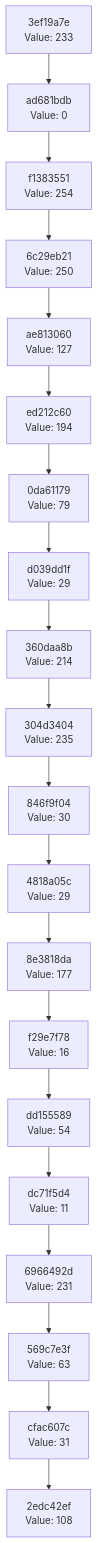
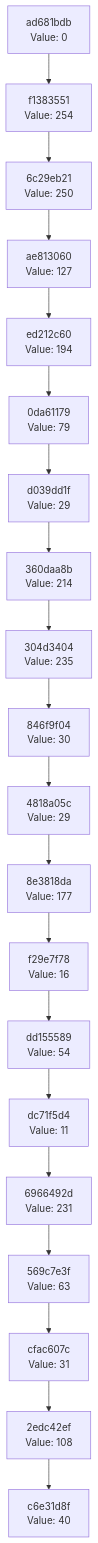
The diagram in docs/CHAIN_VISUALIZATION.md (Abhisheksinha1506/hash-chain-evolver), drawn with Mermaid before and after one commit. The commit also changed 3 other files, not shown here.

````diff
--- a/docs/CHAIN_VISUALIZATION.md
+++ b/docs/CHAIN_VISUALIZATION.md
@@ -3,42 +3,42 @@
 ```mermaid
 graph TD
-    C0["2edc42ef<br/>Value: 108"]
-    C1["cfac607c<br/>Value: 31"]
+    C0["c6e31d8f<br/>Value: 40"]
+    C1["2edc42ef<br/>Value: 108"]
     C1 --> C0
-    C2["569c7e3f<br/>Value: 63"]
+    C2["cfac607c<br/>Value: 31"]
     C2 --> C1
-    C3["6966492d<br/>Value: 231"]
+    C3["569c7e3f<br/>Value: 63"]
     C3 --> C2
-    C4["dc71f5d4<br/>Value: 11"]
+    C4["6966492d<br/>Value: 231"]
     C4 --> C3
-    C5["dd155589<br/>Value: 54"]
+    C5["dc71f5d4<br/>Value: 11"]
     C5 --> C4
-    C6["f29e7f78<br/>Value: 16"]
+    C6["dd155589<br/>Value: 54"]
     C6 --> C5
-    C7["8e3818da<br/>Value: 177"]
+    C7["f29e7f78<br/>Value: 16"]
     C7 --> C6
-    C8["4818a05c<br/>Value: 29"]
+    C8["8e3818da<br/>Value: 177"]
     C8 --> C7
-    C9["846f9f04<br/>Value: 30"]
+    C9["4818a05c<br/>Value: 29"]
     C9 --> C8
-    C10["304d3404<br/>Value: 235"]
+    C10["846f9f04<br/>Value: 30"]
     C10 --> C9
-    C11["360daa8b<br/>Value: 214"]
+    C11["304d3404<br/>Value: 235"]
     C11 --> C10
-    C12["d039dd1f<br/>Value: 29"]
+    C12["360daa8b<br/>Value: 214"]
     C12 --> C11
-    C13["0da61179<br/>Value: 79"]
+    C13["d039dd1f<br/>Value: 29"]
     C13 --> C12
-    C14["ed212c60<br/>Value: 194"]
+    C14["0da61179<br/>Value: 79"]
     C14 --> C13
-    C15["ae813060<br/>Value: 127"]
+    C15["ed212c60<br/>Value: 194"]
     C15 --> C14
-    C16["6c29eb21<br/>Value: 250"]
+    C16["ae813060<br/>Value: 127"]
     C16 --> C15
-    C17["f1383551<br/>Value: 254"]
+    C17["6c29eb21<br/>Value: 250"]
     C17 --> C16
-    C18["ad681bdb<br/>Value: 0"]
+    C18["f1383551<br/>Value: 254"]
     C18 --> C17
-    C19["3ef19a7e<br/>Value: 233"]
+    C19["ad681bdb<br/>Value: 0"]
     C19 --> C18
 ```
````
